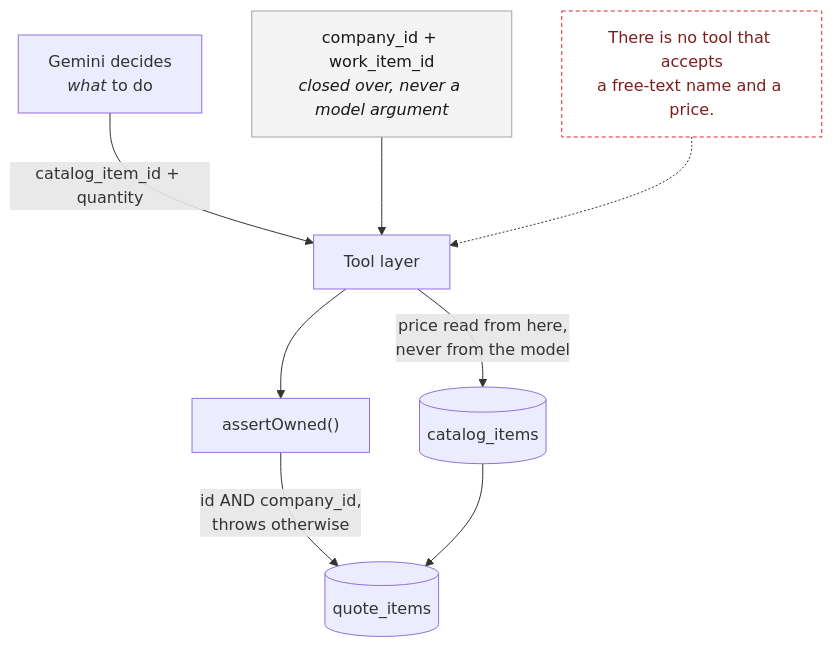
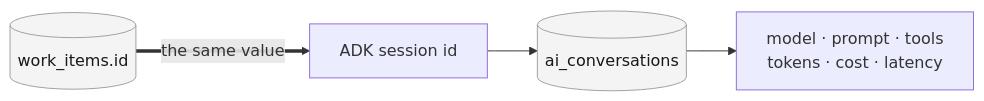
The seventh of 7 diagrams in docs/ARCHITECTURE_DIAGRAM.md (dipenvekaria/quotepro), drawn with Mermaid before and after one commit. The commit also changed other lines of this file, not shown here.

First line of the commit message:
docs: redraw the AI architecture with real data flow

````diff
--- a/docs/ARCHITECTURE_DIAGRAM.md
+++ b/docs/ARCHITECTURE_DIAGRAM.md
@@ -127,22 +299,13 @@
 ```mermaid
-graph TB
-    MODEL["Gemini decides<br/><i>what</i> to do"]
-    TOOLS["Tool layer"]
-    CTX["company_id + work_item_id<br/><i>closed over, never a model argument</i>"]
-    OWN["assertOwned()"]
-    CAT[("catalog_items")]
-    QI[("quote_items")]
+graph LR
+    WI[("work_items.id")]
+    SESSION["ADK session id"]
+    ROW[("ai_conversations")]
 
-    MODEL -->|"catalog_item_id + quantity"| TOOLS
-    CTX --> TOOLS
-    TOOLS --> OWN
-    OWN -->|"id AND company_id,<br/>throws otherwise"| QI
-    TOOLS -->|"price read from here,<br/>never from the model"| CAT
-    CAT --> QI
+    WI ==>|"the same value"| SESSION
+    SESSION --> ROW
+    ROW --> HIST["model · prompt · tools<br/>tokens · cost · latency"]
 
-    NOTE["There is no tool that accepts<br/>a free-text name and a price."]
-    NOTE -.-> TOOLS
-
-    style NOTE fill:#fff,stroke:#dc2626,color:#7f1d1d,stroke-dasharray:4 3
-    style CTX fill:#f4f4f5,stroke:#a1a1aa,color:#18181b
+    style WI fill:#f4f4f5,stroke:#a1a1aa,color:#18181b
+    style ROW fill:#f4f4f5,stroke:#a1a1aa,color:#18181b
 ```
````
